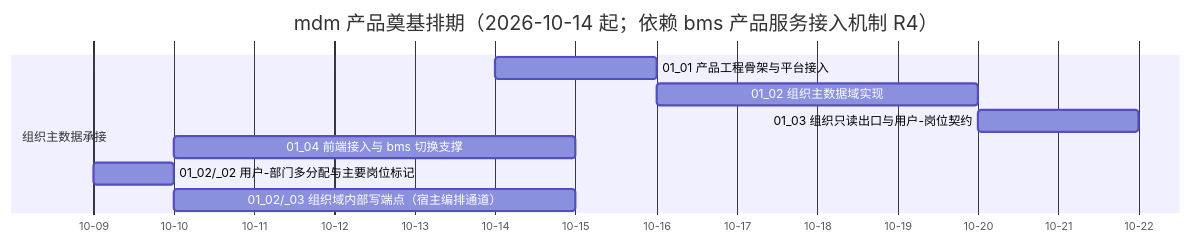
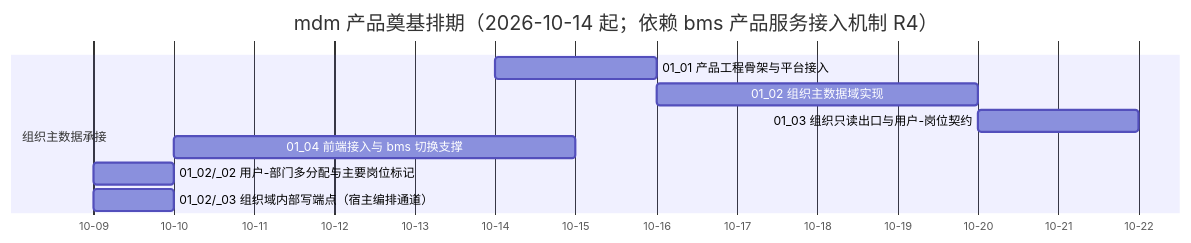
One commit to minjian123/master-data-management changed the diagram in mdm文档/项目/01_mdm 产品奠基/计划/01_计划_mdm产品奠基.md. Above: the diagram before and after it, drawn with Mermaid. The commit also changed other lines of this file and 1 other file, not shown here.

````diff
--- a/mdm文档/项目/01_mdm 产品奠基/计划/01_计划_mdm产品奠基.md
+++ b/mdm文档/项目/01_mdm 产品奠基/计划/01_计划_mdm产品奠基.md
@@ -35,13 +35,13 @@
 ```mermaid
 gantt
     title mdm 产品奠基排期（2026-10-14 起；依赖 bms 产品服务接入机制 R4）
     dateFormat  YYYY-MM-DD
     axisFormat %m-%d
     section 组织主数据承接
     01_01 产品工程骨架与平台接入 :m0101, 2026-10-14, 2d
     01_02 组织主数据域实现 :m0102, 2026-10-16, 4d
     01_03 组织只读出口与用户-岗位契约 :m0103, 2026-10-20, 2d
     01_04 前端接入与 bms 切换支撑 :m0104, 2026-10-10, 5d
     01_02/_02 用户-部门多分配与主要岗位标记 :m0102b, 2026-10-09, 1d
-    01_02/_03 组织域内部写端点（宿主编排通道） :m0102c, 2026-10-10, 5d
+    01_02/_03 组织域内部写端点（宿主编排通道） :m0102c, 2026-10-09, 1d
 ```
````
